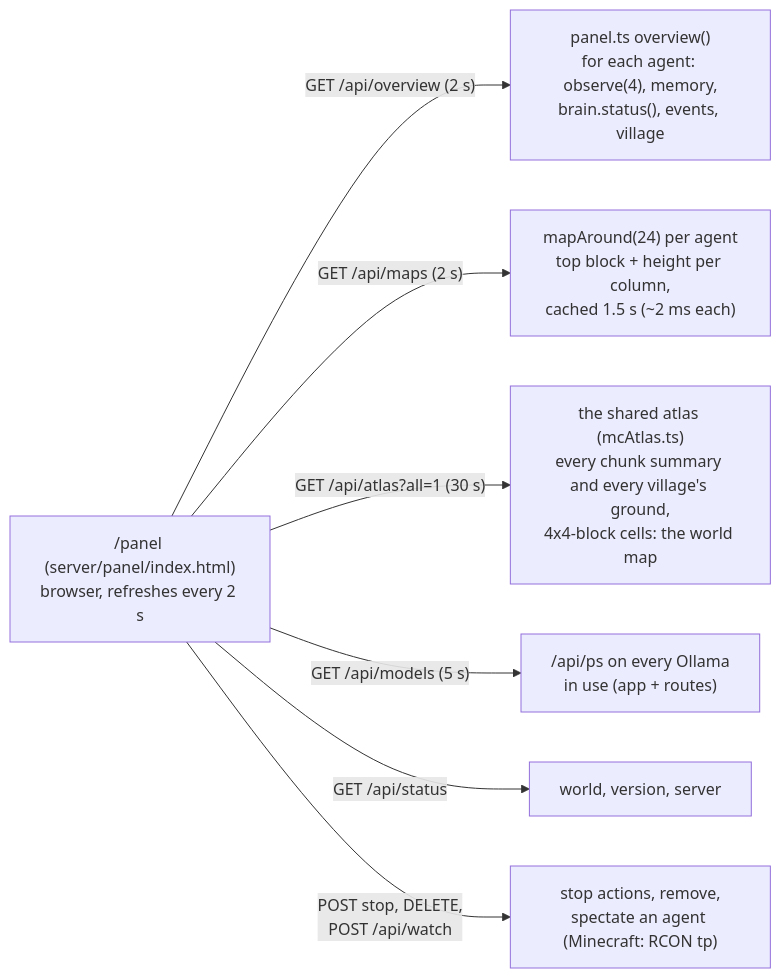
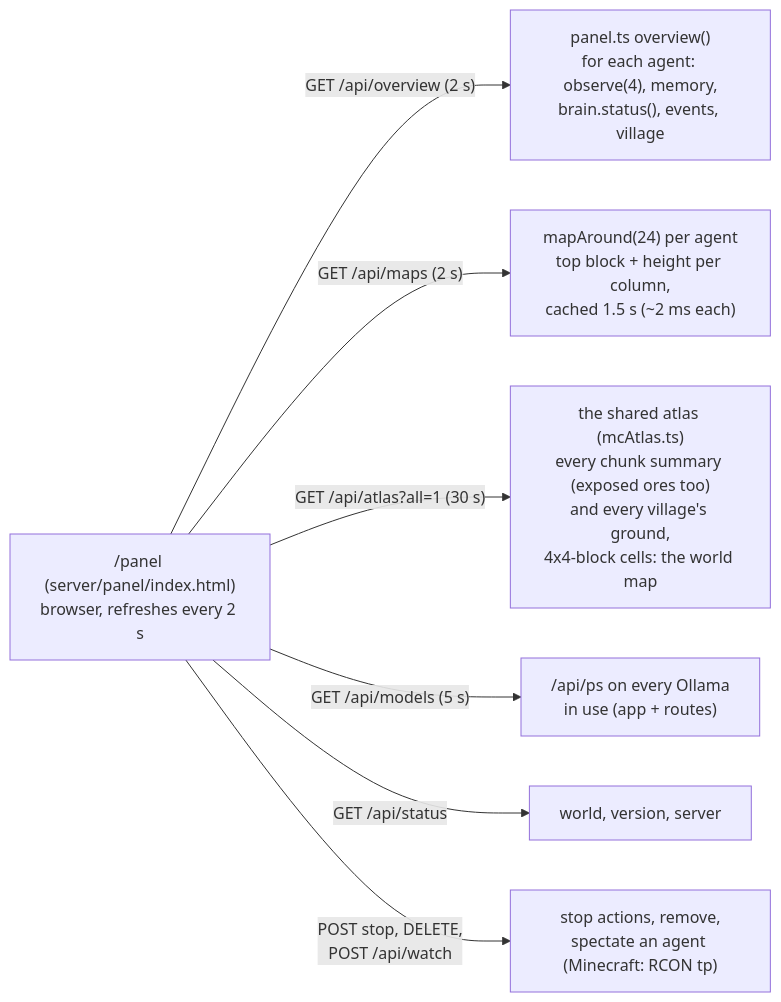
One commit to delphium226/MCAISandbox changed the tenth of 13 diagrams in docs/ARCHITECTURE.md. Above: the diagram before and after it, drawn with Mermaid. The commit also changed other lines of this file and 8 other files, not shown here.

First line of the commit message:
Underground atlas: exposed ores per chunk (plan step V.6); docs for V.5b and V.6

````diff
--- a/docs/ARCHITECTURE.md
+++ b/docs/ARCHITECTURE.md
@@ -424,10 +425,10 @@
 ```mermaid
 flowchart LR
   page["/panel (server/panel/index.html)<br/>browser, refreshes every 2 s"]
   page -- "GET /api/overview (2 s)" --> overview["panel.ts overview()<br/>for each agent: observe(4), memory,<br/>brain.status(), events, village"]
   page -- "GET /api/maps (2 s)" --> maps["mapAround(24) per agent<br/>top block + height per column,<br/>cached 1.5 s (~2 ms each)"]
-  page -- "GET /api/atlas?all=1 (30 s)" --> atlas["the shared atlas (mcAtlas.ts)<br/>every chunk summary and every village's ground,<br/>4x4-block cells: the world map"]
+  page -- "GET /api/atlas?all=1 (30 s)" --> atlas["the shared atlas (mcAtlas.ts)<br/>every chunk summary (exposed ores too)<br/>and every village's ground,<br/>4x4-block cells: the world map"]
   page -- "GET /api/models (5 s)" --> models["/api/ps on every Ollama<br/>in use (app + routes)"]
   page -- "GET /api/status" --> status["world, version, server"]
   page -- "POST stop, DELETE,<br/>POST /api/watch" --> actions["stop actions, remove,<br/>spectate an agent (Minecraft: RCON tp)"]
 ```
````
